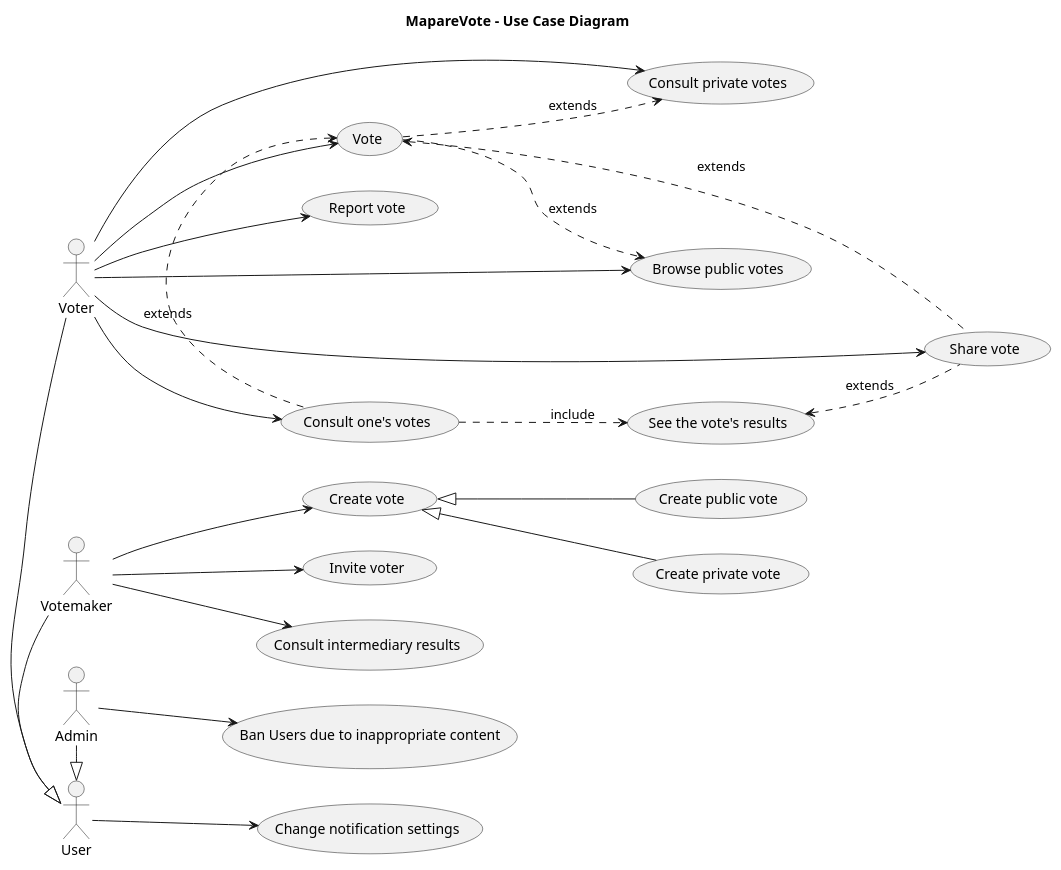
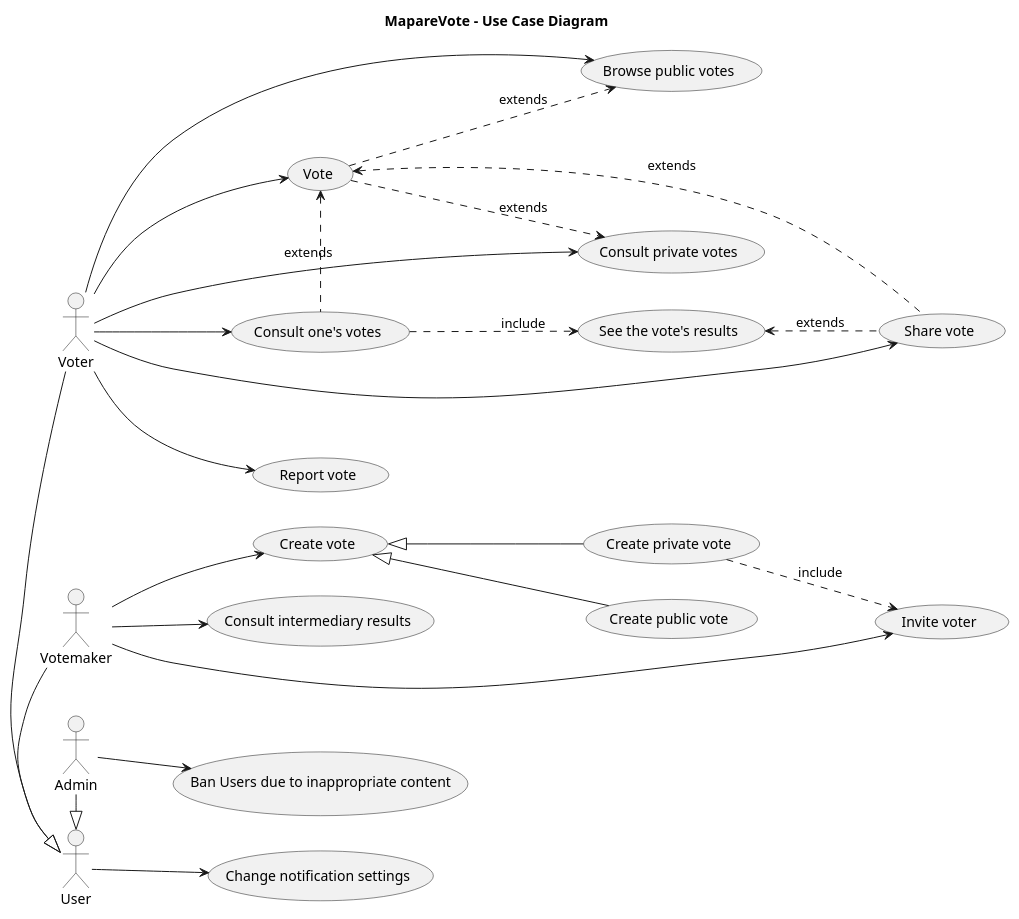
Before and after one commit to dptinfoutln/MapareVote: the diagram in UML/MapareVoteUC.iuml, drawn with PlantUML.

```diff
--- a/UML/MapareVoteUC.iuml
+++ b/UML/MapareVoteUC.iuml
@@ -1,49 +1,51 @@
 @startuml
 
 left to right direction
 
 title  MapareVote - Use Case Diagram 
 
 :Voter: -|> :User:
 :Votemaker: -|> :User:
 :Admin: -|> :User:
 
 :Voter: --> (Vote)
 
 :Votemaker: --> (Create vote)
 
 (Create vote) <|-- (Create private vote)
 
 (Create vote) <|-- (Create public vote)
 
 :Votemaker: --> (Invite voter)
 
 :Votemaker: --> (Consult intermediary results)
 
 :Admin: --> (Ban Users due to inappropriate content)
 
 (Vote) <. (Consult one's votes): extends
 
 :Voter: --> (Consult one's votes)
 
 (Consult one's votes) ..> (See the vote's results): include
 
 Voter --> (Browse public votes)
 
 (Vote) ..> (Browse public votes): extends
 
 :User: --> (Change notification settings)
 
 :Voter: --> (Consult private votes)
 
 (Vote) ..> (Consult private votes): extends
 
 :Voter: ---> (Share vote)
 
 (Vote) <.. (Share vote): extends
 
 (See the vote's results) <.. (Share vote): extends
 
 :Voter: --> (Report vote)
 
+(Create private vote) ..> (Invite voter): include
+
 @enduml
```
